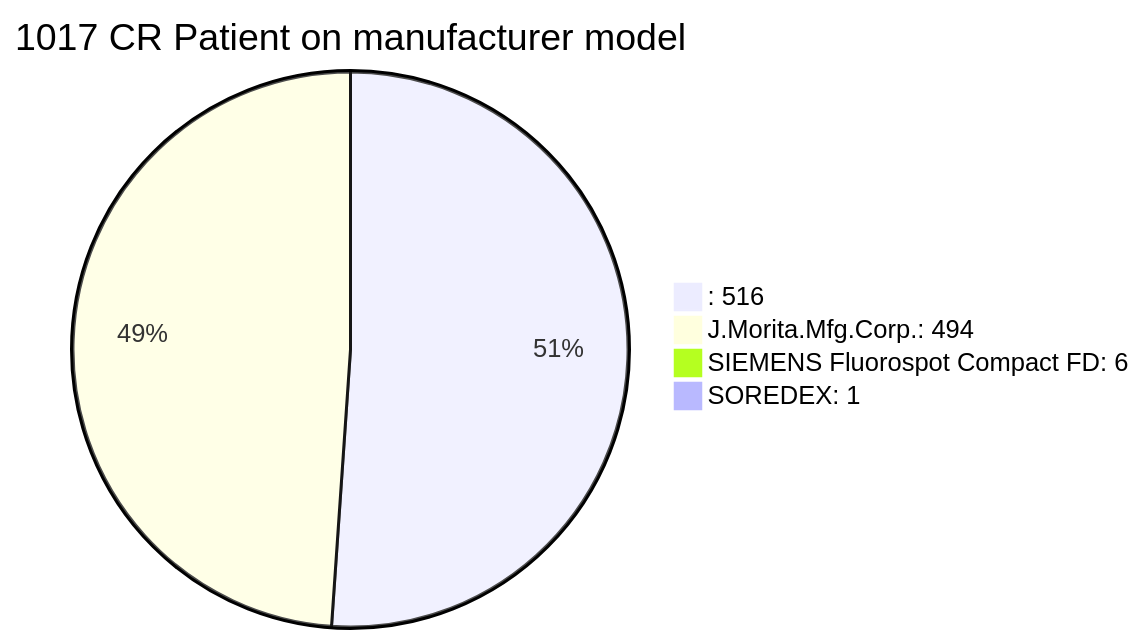
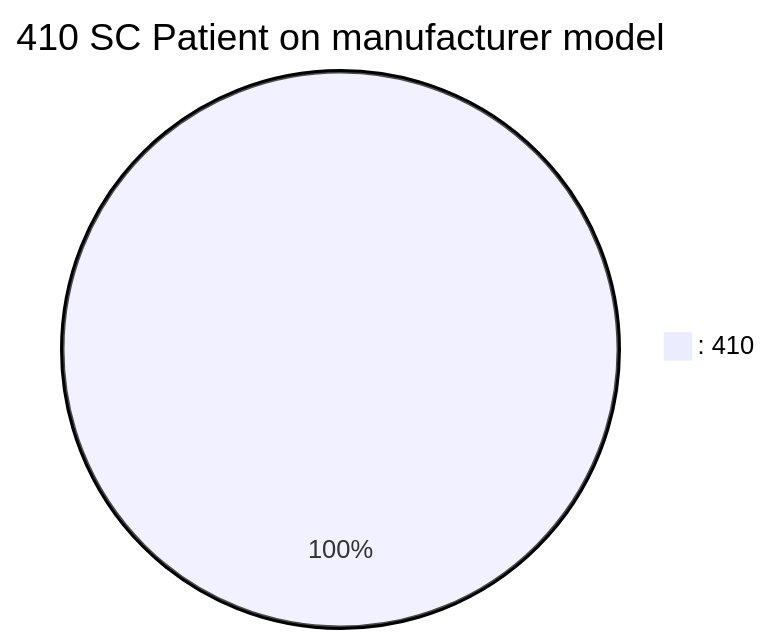
One commit to doidio/nonapx changed diagram 16 of 27 in a1_raw_dicom.md. Above: the diagram before and after it, drawn with Mermaid. The commit also changed other lines of this file and 1 other file, not shown here.

````diff
--- a/a1_raw_dicom.md
+++ b/a1_raw_dicom.md
@@ -151,7 +136,4 @@
 ```mermaid
-pie title 1017 CR Patient on manufacturer model
-    ": 516" : 516
-    "J.Morita.Mfg.Corp.: 494" : 494
-    "SIEMENS Fluorospot Compact FD: 6" : 6
-    "SOREDEX: 1" : 1
+pie title 410 SC Patient on manufacturer model
+    ": 410" : 410
 ```
````
